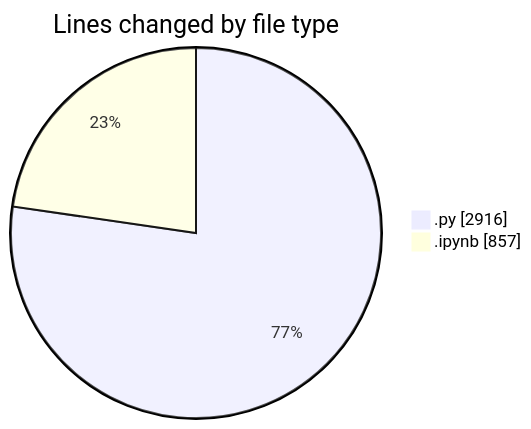
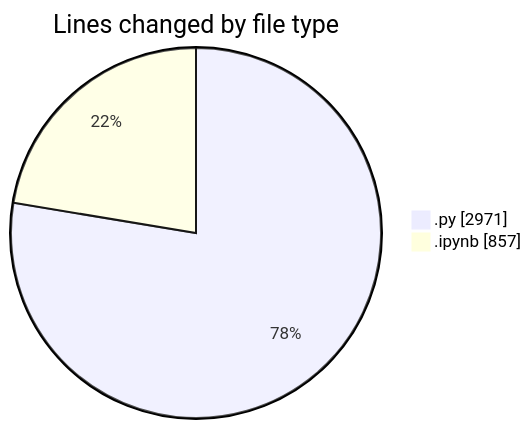
One commit to MatusMokan/code-tracking changed the first of 2 diagrams in 2025-11-15/untitled__workspace_/README.md. Above: the diagram before and after it, drawn with Mermaid. The commit also changed other lines of this file and 1 other file, not shown here.

````diff
--- a/2025-11-15/untitled__workspace_/README.md
+++ b/2025-11-15/untitled__workspace_/README.md
@@ -28,6 +29,6 @@
 ```mermaid
 pie showData
 title Lines changed by file type
-".py" : 2916
+".py" : 2971
 ".ipynb" : 857
 ```
````
